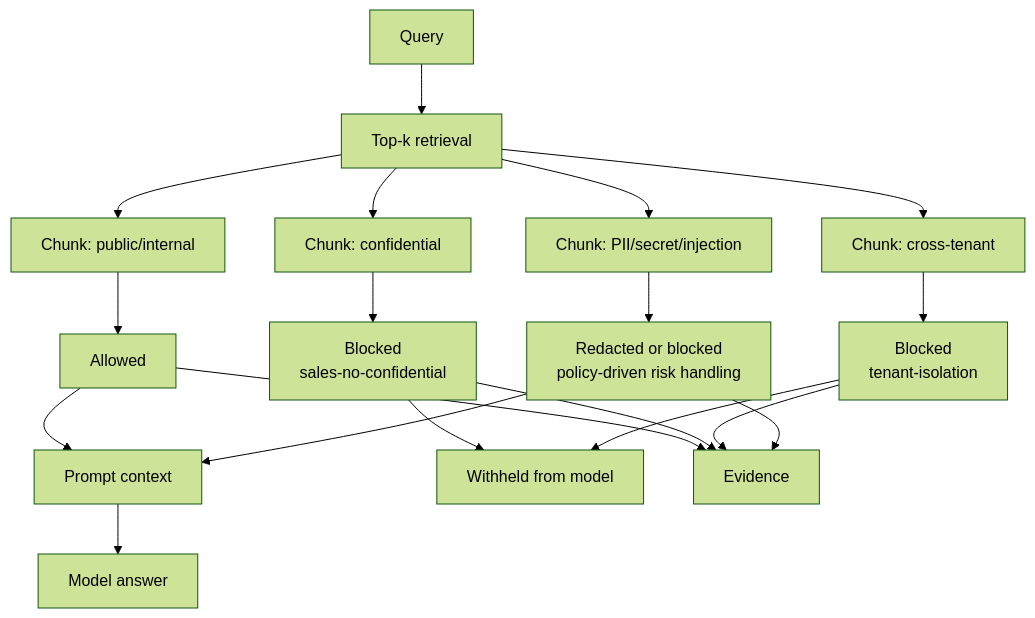
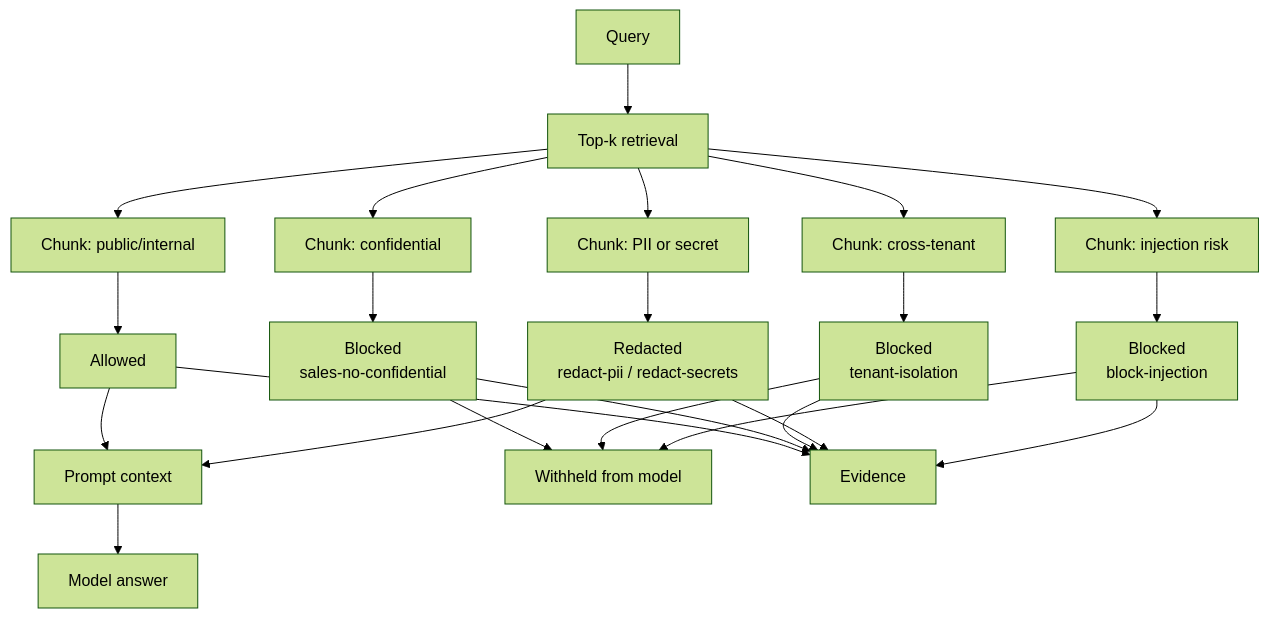
One commit to Szesnasty/ContextGuard changed the second of 3 diagrams in README.md. Above: the diagram before and after it, drawn with Mermaid (forest theme). The commit also changed other lines of this file, not shown here.

Commit message:
Correct README diagrams

````diff
--- a/README.md
+++ b/README.md
@@ -214,24 +212,28 @@
 ```mermaid
 flowchart TD
     Q["Query"] --> K["Top-k retrieval"]
     K --> C1["Chunk: public/internal"]
     K --> C2["Chunk: confidential"]
     K --> C3["Chunk: cross-tenant"]
-    K --> C4["Chunk: PII/secret/injection"]
+    K --> C4["Chunk: PII or secret"]
+    K --> C5["Chunk: injection risk"]
 
     C1 --> A["Allowed"]
     C2 --> B["Blocked<br/>sales-no-confidential"]
     C3 --> T["Blocked<br/>tenant-isolation"]
-    C4 --> D["Redacted or blocked<br/>policy-driven risk handling"]
+    C4 --> D["Redacted<br/>redact-pii / redact-secrets"]
+    C5 --> I["Blocked<br/>block-injection"]
 
     A --> P["Prompt context"]
     D --> P
     B --> X["Withheld from model"]
     T --> X
+    I --> X
     P --> M["Model answer"]
 
     A --> EV["Evidence"]
     B --> EV
     T --> EV
     D --> EV
+    I --> EV
 ```
````
